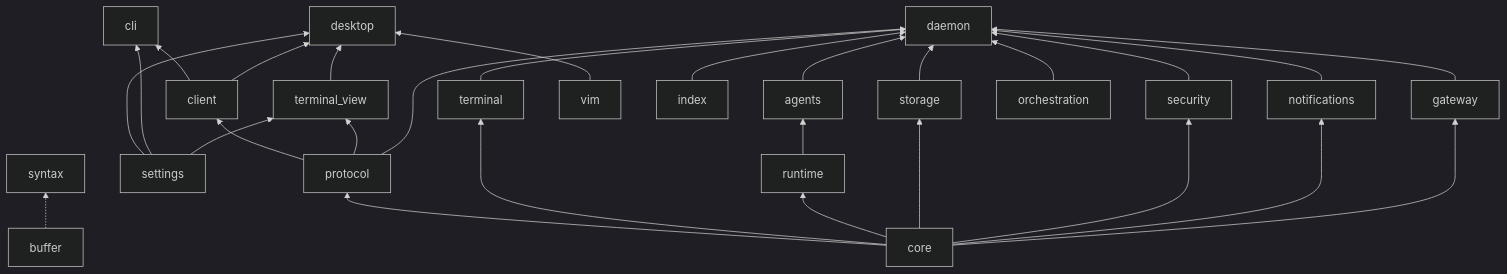
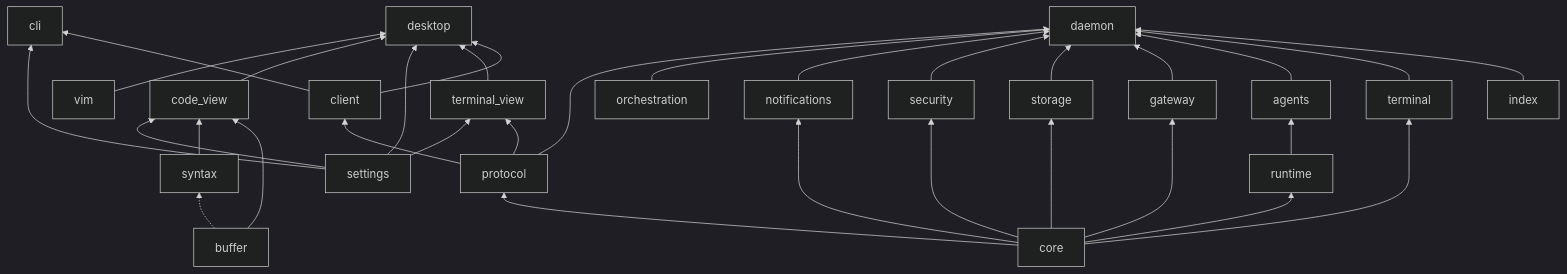
One commit to robertt3kuk/hutan changed the second of 7 diagrams in docs/architecture.md. Above: the diagram before and after it, drawn with Mermaid (dark theme). The commit also changed other lines of this file and 8 other files, not shown here.

````diff
--- a/docs/architecture.md
+++ b/docs/architecture.md
@@ -58,20 +59,21 @@
 ```mermaid
 flowchart BT
   core --> protocol
   protocol --> client
   client --> cli
   client --> desktop
   protocol --> terminal_view --> desktop
   settings --> desktop
   settings --> cli
   settings --> terminal_view
   core --> terminal & runtime & storage & security & notifications
   buffer
   buffer -.-> syntax
+  buffer & syntax & settings --> code_view --> desktop
   vim --> desktop
   index --> daemon
   runtime --> agents
   core --> gateway
   terminal & agents & gateway & storage & security & notifications & orchestration --> daemon
   protocol --> daemon
 ```
````
